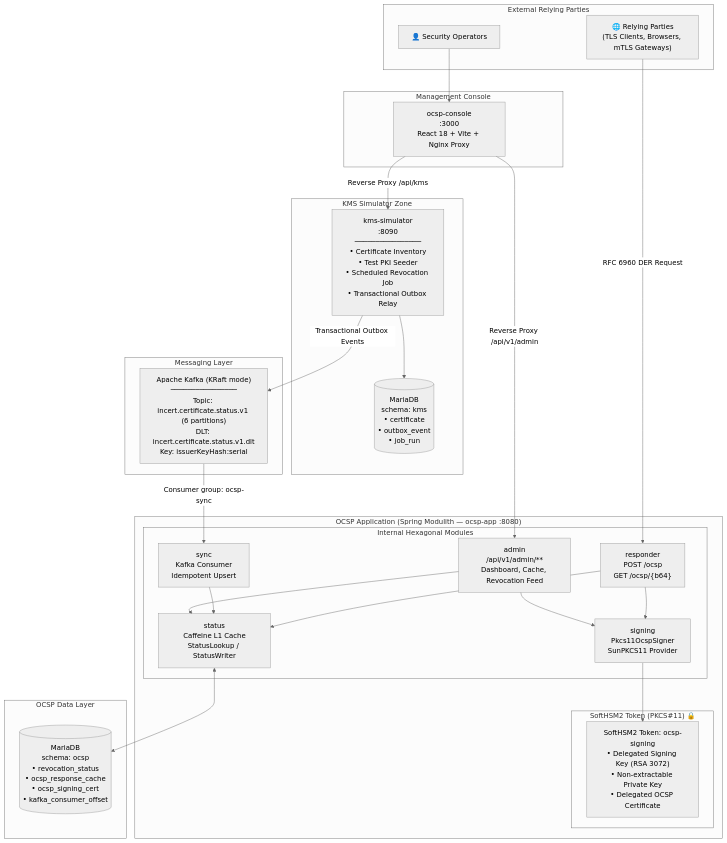
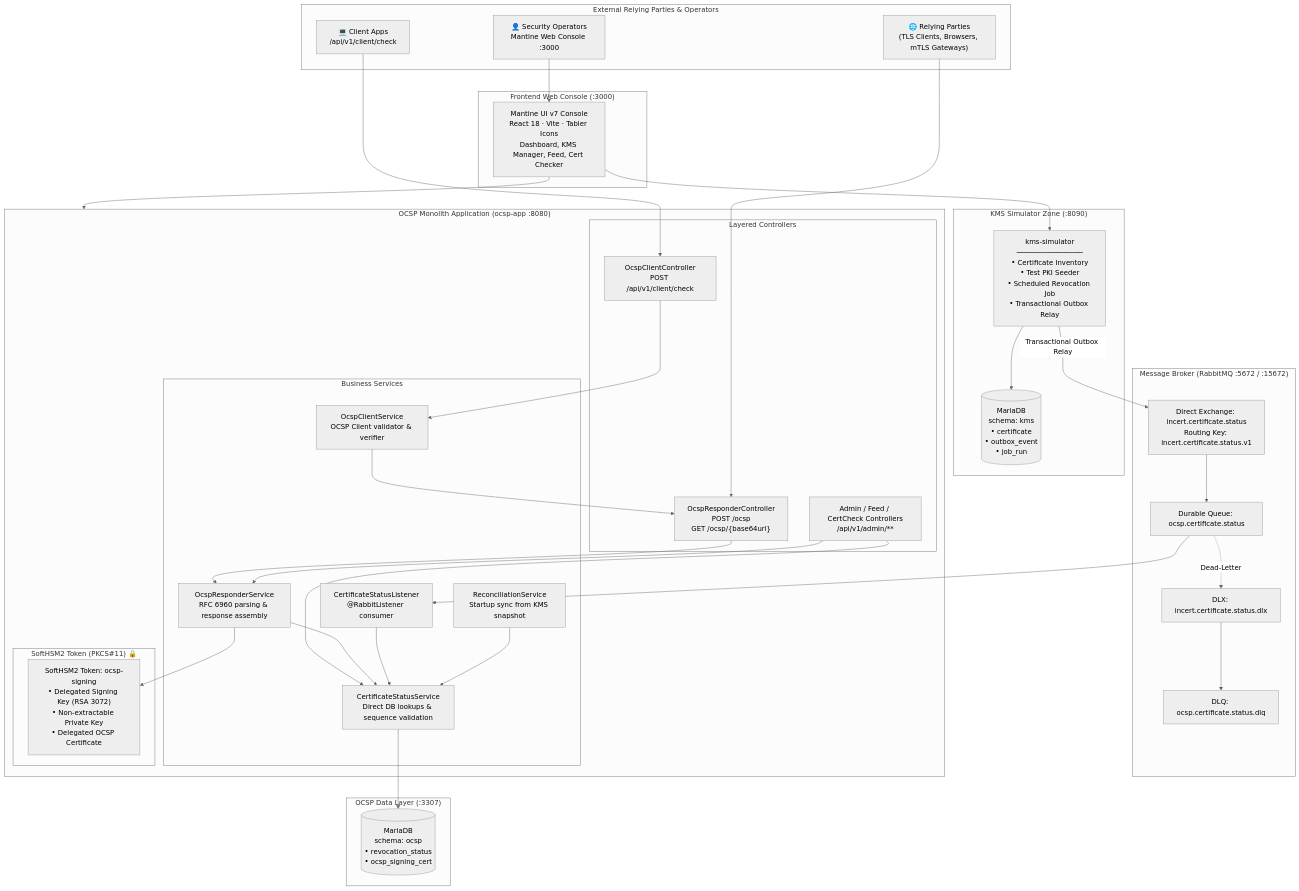
The first of 6 diagrams in ARCHITECTURE.md (Majdzapa/OCSP), drawn with Mermaid (neutral theme) before and after one commit. The commit also changed other lines of this file and 65 other files, not shown here.

Commit message:
feat: separate ocsp-responder and ocsp-client into standalone apps, add authentication, remove KMS polling, create KMS frontend and client test UI

````diff
--- a/ARCHITECTURE.md
+++ b/ARCHITECTURE.md
@@ -21,54 +21,71 @@
 ```mermaid
 graph TB
-    subgraph EXTERNAL["External Relying Parties"]
+    subgraph EXTERNAL["External Relying Parties & Operators"]
         RP["🌐 Relying Parties<br/>(TLS Clients, Browsers, mTLS Gateways)"]
-        OPS["👤 Security Operators"]
+        CLIENT_USER["💻 Client Apps<br/>/api/v1/client/check"]
+        OPS["👤 Security Operators<br/>Mantine Web Console :3000"]
     end
 
-    subgraph KMS_ZONE["KMS Simulator Zone"]
-        KMS["kms-simulator<br/>:8090<br/>────────────────<br/>• Certificate Inventory<br/>• Test PKI Seeder<br/>• Scheduled Revocation Job<br/>• Transactional Outbox Relay"]
+    subgraph KMS_ZONE["KMS Simulator Zone (:8090)"]
+        KMS["kms-simulator<br/>────────────────<br/>• Certificate Inventory<br/>• Test PKI Seeder<br/>• Scheduled Revocation Job<br/>• Transactional Outbox Relay"]
         KMS_DB[("MariaDB<br/>schema: kms<br/>• certificate<br/>• outbox_event<br/>• job_run")]
         KMS --> KMS_DB
     end
 
-    subgraph BROKER["Messaging Layer"]
-        KAFKA["Apache Kafka (KRaft mode)<br/>────────────────<br/>Topic: incert.certificate.status.v1 (6 partitions)<br/>DLT: incert.certificate.status.v1.dlt<br/>Key: issuerKeyHash:serial"]
+    subgraph BROKER["Message Broker (RabbitMQ :5672 / :15672)"]
+        EXCHANGE["Direct Exchange: incert.certificate.status<br/>Routing Key: incert.certificate.status.v1"]
+        QUEUE["Durable Queue: ocsp.certificate.status"]
+        DLX["DLX: incert.certificate.status.dlx"]
+        DLQ["DLQ: ocsp.certificate.status.dlq"]
+        EXCHANGE --> QUEUE
+        QUEUE -.->|Dead-Letter| DLX --> DLQ
     end
 
-    subgraph OCSP_APP["OCSP Application (Spring Modulith — ocsp-app :8080)"]
-        subgraph MODULES["Internal Hexagonal Modules"]
-            RESP["responder<br/>POST /ocsp<br/>GET /ocsp/{b64}"]
-            STATUS["status<br/>Caffeine L1 Cache<br/>StatusLookup / StatusWriter"]
-            SIGN["signing<br/>Pkcs11OcspSigner<br/>SunPKCS11 Provider"]
-            SYNC["sync<br/>Kafka Consumer<br/>Idempotent Upsert"]
-            ADMIN["admin<br/>/api/v1/admin/**<br/>Dashboard, Cache, Revocation Feed"]
+    subgraph OCSP_MONOLITH["OCSP Monolith Application (ocsp-app :8080)"]
+        subgraph CONTROLLERS["Layered Controllers"]
+            RESP_CTRL["OcspResponderController<br/>POST /ocsp<br/>GET /ocsp/{base64url}"]
+            CLIENT_CTRL["OcspClientController<br/>POST /api/v1/client/check"]
+            ADMIN_CTRL["Admin / Feed / CertCheck Controllers<br/>/api/v1/admin/**"]
+        end
+
+        subgraph SERVICES["Business Services"]
+            RESP_SVC["OcspResponderService<br/>RFC 6960 parsing & response assembly"]
+            CLIENT_SVC["OcspClientService<br/>OCSP Client validator & verifier"]
+            STATUS_SVC["CertificateStatusService<br/>Direct DB lookups & sequence validation"]
+            LISTENER["CertificateStatusListener<br/>@RabbitListener consumer"]
+            RECON_SVC["ReconciliationService<br/>Startup sync from KMS snapshot"]
         end
 
         subgraph HSM_ZONE["SoftHSM2 Token (PKCS#11) 🔒"]
             TOKEN["SoftHSM2 Token: ocsp-signing<br/>• Delegated Signing Key (RSA 3072)<br/>• Non-extractable Private Key<br/>• Delegated OCSP Certificate"]
         end
 
-        RESP --> STATUS
-        RESP --> SIGN
-        SIGN --> TOKEN
-        SYNC --> STATUS
-        ADMIN --> STATUS
-        ADMIN --> SIGN
+        RESP_CTRL --> RESP_SVC
+        CLIENT_CTRL --> CLIENT_SVC
+        ADMIN_CTRL --> STATUS_SVC
+        ADMIN_CTRL --> RESP_SVC
+
+        RESP_SVC --> STATUS_SVC
+        RESP_SVC --> TOKEN
+        CLIENT_SVC --> RESP_CTRL
+        LISTENER --> STATUS_SVC
+        RECON_SVC --> STATUS_SVC
     end
 
-    subgraph DB["OCSP Data Layer"]
-        OCSP_DB[("MariaDB<br/>schema: ocsp<br/>• revocation_status<br/>• ocsp_response_cache<br/>• ocsp_signing_cert<br/>• kafka_consumer_offset")]
+    subgraph DB["OCSP Data Layer (:3307)"]
+        OCSP_DB[("MariaDB<br/>schema: ocsp<br/>• revocation_status<br/>• ocsp_signing_cert")]
+        STATUS_SVC --> OCSP_DB
     end
 
-    subgraph UI["Management Console"]
-        CONSOLE["ocsp-console<br/>:3000<br/>React 18 + Vite + Nginx Proxy"]
+    subgraph CONSOLE["Frontend Web Console (:3000)"]
+        REACT["Mantine UI v7 Console<br/>React 18 · Vite · Tabler Icons<br/>Dashboard, KMS Manager, Feed, Cert Checker"]
     end
 
-    RP -- "RFC 6960 DER Request" --> RESP
-    KMS -- "Transactional Outbox Events" --> KAFKA
-    KAFKA -- "Consumer group: ocsp-sync" --> SYNC
-    STATUS <--> OCSP_DB
-    OPS --> CONSOLE
-    CONSOLE -- "Reverse Proxy /api/v1/admin" --> ADMIN
-    CONSOLE -- "Reverse Proxy /api/kms" --> KMS
+    RP --> RESP_CTRL
+    CLIENT_USER --> CLIENT_CTRL
+    OPS --> REACT
+    REACT --> OCSP_MONOLITH
+    REACT --> KMS
+    KMS -- "Transactional Outbox Relay" --> EXCHANGE
+    QUEUE --> LISTENER
 ```
````
